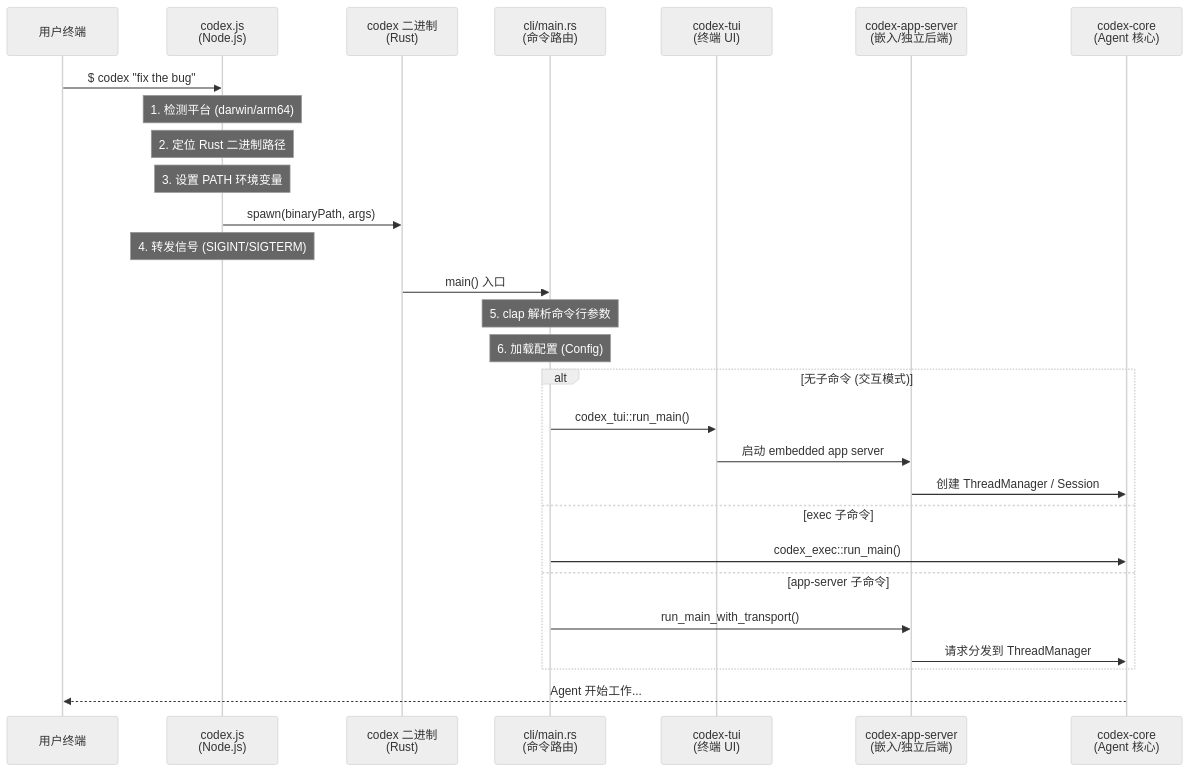
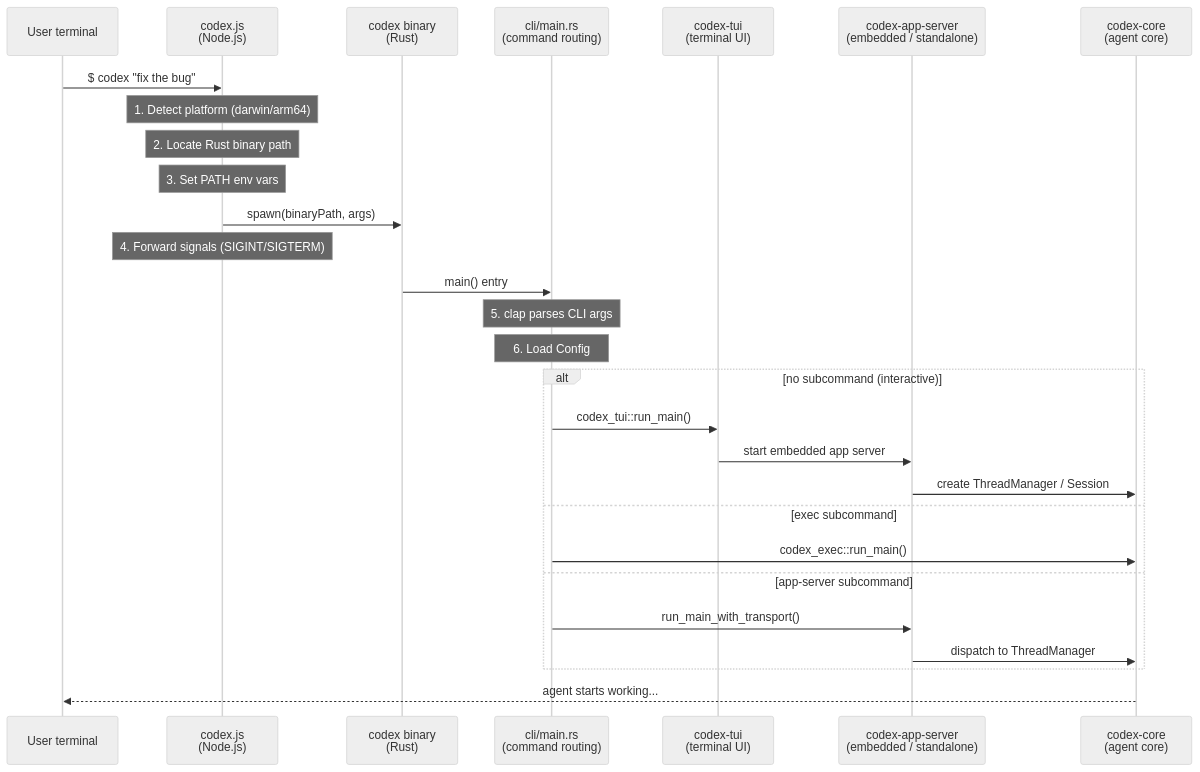
The first of 2 diagrams in wiki/00-project-overview.md (yibn2008/learn-codex), drawn with Mermaid (neutral theme) before and after one commit. The commit also changed other lines of this file and 32 other files, not shown here.

````diff
--- a/wiki/00-project-overview.md
+++ b/wiki/00-project-overview.md
@@ -271,34 +273,34 @@
 ```mermaid
 sequenceDiagram
-    participant User as 用户终端
+    participant User as User terminal
     participant JS as codex.js<br/>(Node.js)
-    participant Rust as codex 二进制<br/>(Rust)
-    participant CLI as cli/main.rs<br/>(命令路由)
-    participant TUI as codex-tui<br/>(终端 UI)
-    participant App as codex-app-server<br/>(嵌入/独立后端)
-    participant Core as codex-core<br/>(Agent 核心)
+    participant Rust as codex binary<br/>(Rust)
+    participant CLI as cli/main.rs<br/>(command routing)
+    participant TUI as codex-tui<br/>(terminal UI)
+    participant App as codex-app-server<br/>(embedded / standalone)
+    participant Core as codex-core<br/>(agent core)
 
     User->>JS: $ codex "fix the bug"
-    Note over JS: 1. 检测平台 (darwin/arm64)
-    Note over JS: 2. 定位 Rust 二进制路径
-    Note over JS: 3. 设置 PATH 环境变量
+    Note over JS: 1. Detect platform (darwin/arm64)
+    Note over JS: 2. Locate Rust binary path
+    Note over JS: 3. Set PATH env vars
     JS->>Rust: spawn(binaryPath, args)
-    Note over JS: 4. 转发信号 (SIGINT/SIGTERM)
+    Note over JS: 4. Forward signals (SIGINT/SIGTERM)
 
-    Rust->>CLI: main() 入口
-    Note over CLI: 5. clap 解析命令行参数
-    Note over CLI: 6. 加载配置 (Config)
+    Rust->>CLI: main() entry
+    Note over CLI: 5. clap parses CLI args
+    Note over CLI: 6. Load Config
 
-    alt 无子命令 (交互模式)
+    alt no subcommand (interactive)
         CLI->>TUI: codex_tui::run_main()
-        TUI->>App: 启动 embedded app server
-        App->>Core: 创建 ThreadManager / Session
-    else exec 子命令
+        TUI->>App: start embedded app server
+        App->>Core: create ThreadManager / Session
+    else exec subcommand
         CLI->>Core: codex_exec::run_main()
-    else app-server 子命令
+    else app-server subcommand
         CLI->>App: run_main_with_transport()
-        App->>Core: 请求分发到 ThreadManager
+        App->>Core: dispatch to ThreadManager
     end
 
-    Core-->>User: Agent 开始工作...
+    Core-->>User: agent starts working...
 ```
````
